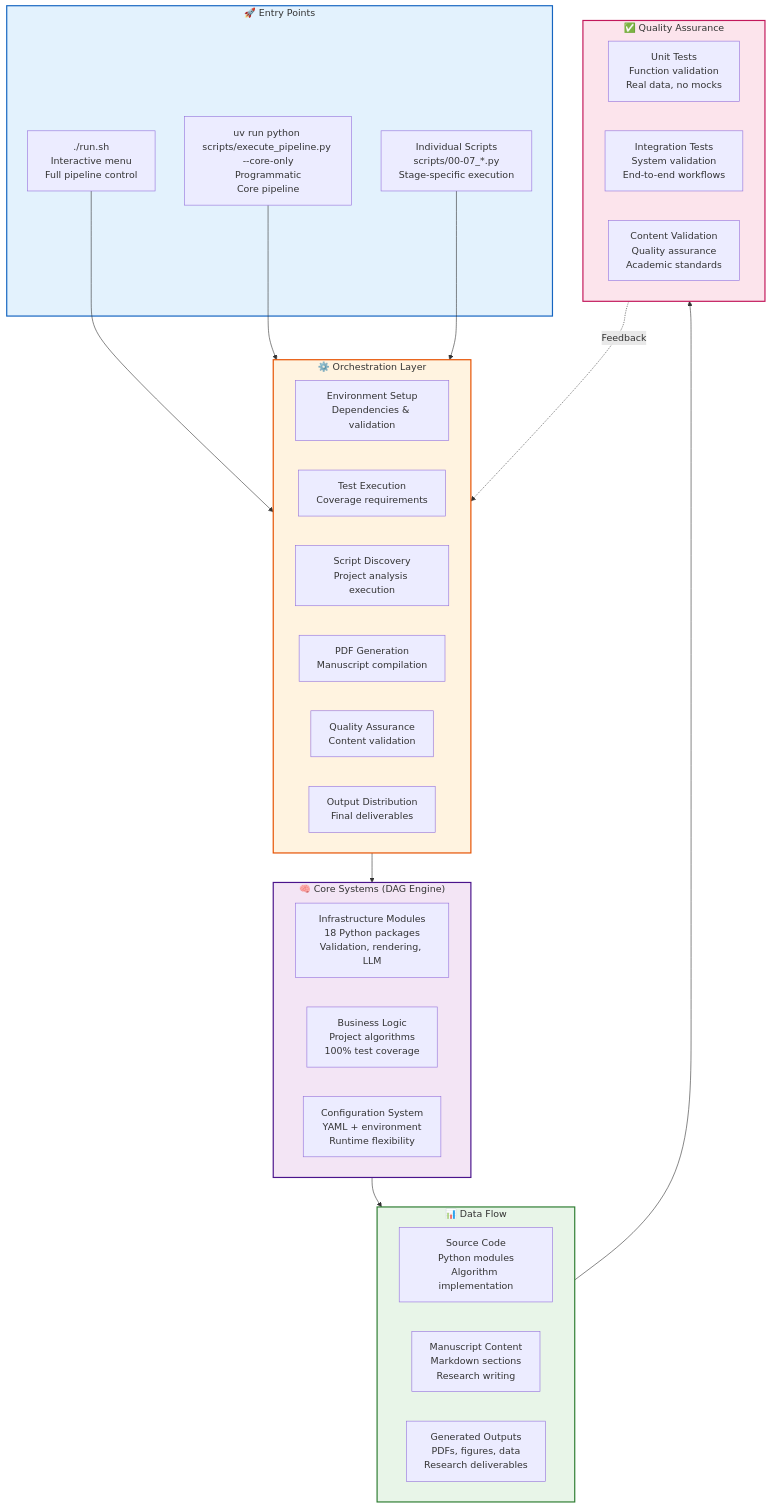
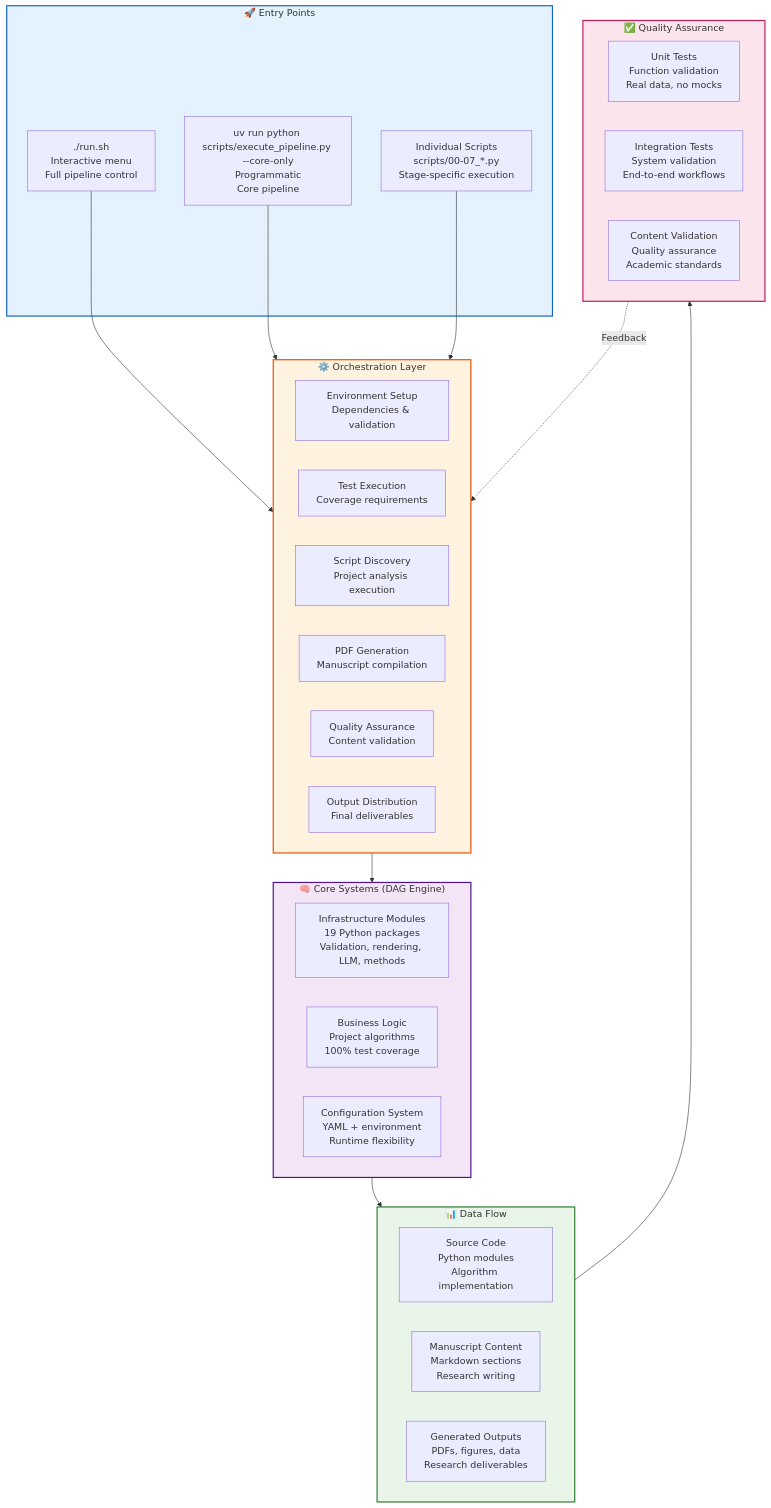
Before and after one commit to docxology/template: the third of 8 diagrams in .github/README.md, drawn with Mermaid. The commit also changed other lines of this file and 82 other files, not shown here.

````diff
--- a/.github/README.md
+++ b/.github/README.md
@@ -287,57 +287,57 @@
 ```mermaid
 graph TB
     subgraph Entry["🚀 Entry Points"]
         RUNSH[./run.sh<br/>Interactive menu<br/>Full pipeline control]
         RUNALL[uv run python scripts/execute_pipeline.py --core-only<br/>Programmatic<br/>Core pipeline]
         INDIVIDUAL[Individual Scripts<br/>scripts/00-07_*.py<br/>Stage-specific execution]
     end
 
     subgraph Orchestration["⚙️ Orchestration Layer"]
         SETUP[Environment Setup<br/>Dependencies & validation]
         TESTING[Test Execution<br/>Coverage requirements]
         ANALYSIS[Script Discovery<br/>Project analysis execution]
         RENDERING[PDF Generation<br/>Manuscript compilation]
         VALIDATION[Quality Assurance<br/>Content validation]
         DELIVERY[Output Distribution<br/>Final deliverables]
     end
 
     subgraph Core["🧠 Core Systems (DAG Engine)"]
-        INFRASTRUCTURE[Infrastructure Modules<br/>18 Python packages<br/>Validation, rendering, LLM]
+        INFRASTRUCTURE[Infrastructure Modules<br/>19 Python packages<br/>Validation, rendering, LLM, methods]
         BUSINESS_LOGIC[Business Logic<br/>Project algorithms<br/>100% test coverage]
         CONFIGURATION[Configuration System<br/>YAML + environment<br/>Runtime flexibility]
     end
 
     subgraph Data["📊 Data Flow"]
         SOURCE_CODE[Source Code<br/>Python modules<br/>Algorithm implementation]
         MANUSCRIPT_CONTENT[Manuscript Content<br/>Markdown sections<br/>Research writing]
         GENERATED_OUTPUTS[Generated Outputs<br/>PDFs, figures, data<br/>Research deliverables]
     end
 
     subgraph Quality["✅ Quality Assurance"]
         UNIT_TESTS[Unit Tests<br/>Function validation<br/>Real data, no mocks]
         INTEGRATION_TESTS[Integration Tests<br/>System validation<br/>End-to-end workflows]
         VALIDATION_CHECKS[Content Validation<br/>Quality assurance<br/>Academic standards]
     end
 
     RUNSH --> Orchestration
     RUNALL --> Orchestration
     INDIVIDUAL --> Orchestration
 
     Orchestration --> Core
     Core --> Data
     Data --> Quality
 
     Quality -.->|Feedback| Orchestration
 
     classDef entry fill:#e3f2fd,stroke:#1565c0,stroke-width:2px
     classDef orchestration fill:#fff3e0,stroke:#e65100,stroke-width:2px
     classDef core fill:#f3e5f5,stroke:#4a148c,stroke-width:2px
     classDef data fill:#e8f5e8,stroke:#2e7d32,stroke-width:2px
     classDef quality fill:#fce4ec,stroke:#c2185b,stroke-width:2px
 
     class Entry entry
     class Orchestration orchestration
     class Core core
     class Data data
     class Quality quality
 ```
````
